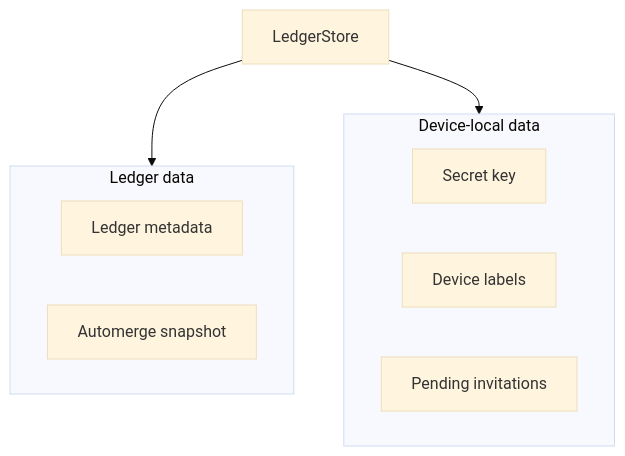
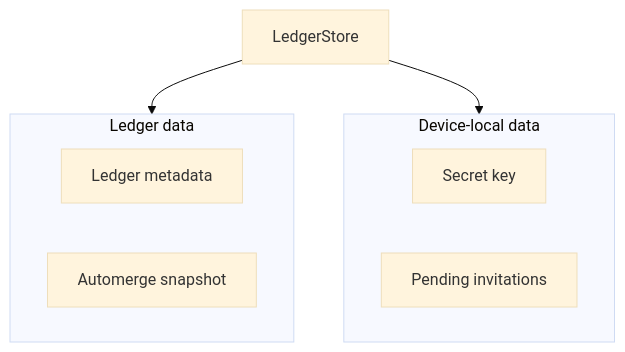
One commit to unbill-project/unbill changed the diagram in .sirno/lake/unbill-storage.md. Above: the diagram before and after it, drawn with Mermaid (base theme). The commit also changed other lines of this file and 70 other files, not shown here.

Commit message:
feat: store device labels in ledger documents

````diff
--- a/.sirno/lake/unbill-storage.md
+++ b/.sirno/lake/unbill-storage.md
@@ -18,16 +18,15 @@
 ```mermaid
 flowchart TB
     Store["LedgerStore"]
     subgraph LedgerData["Ledger data"]
         Meta["Ledger metadata"]
         Snapshot["Automerge snapshot"]
     end
     subgraph DeviceData["Device-local data"]
         Key["Secret key"]
-        Labels["Device labels"]
         Pending["Pending invitations"]
     end
 
     Store --> LedgerData
     Store --> DeviceData
 ```
````
